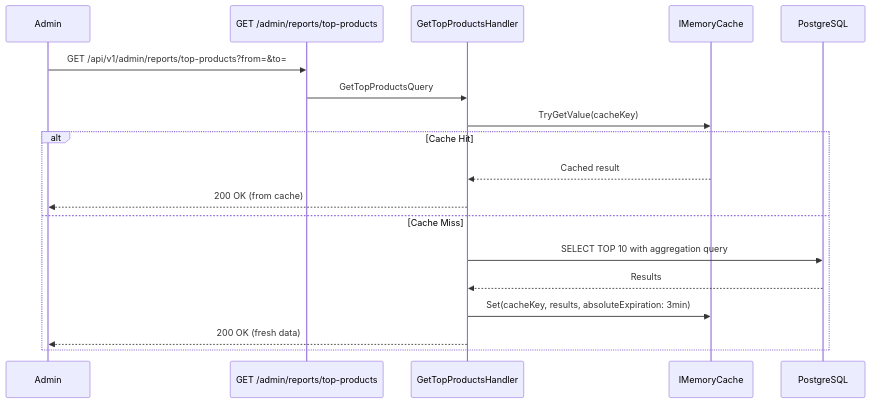
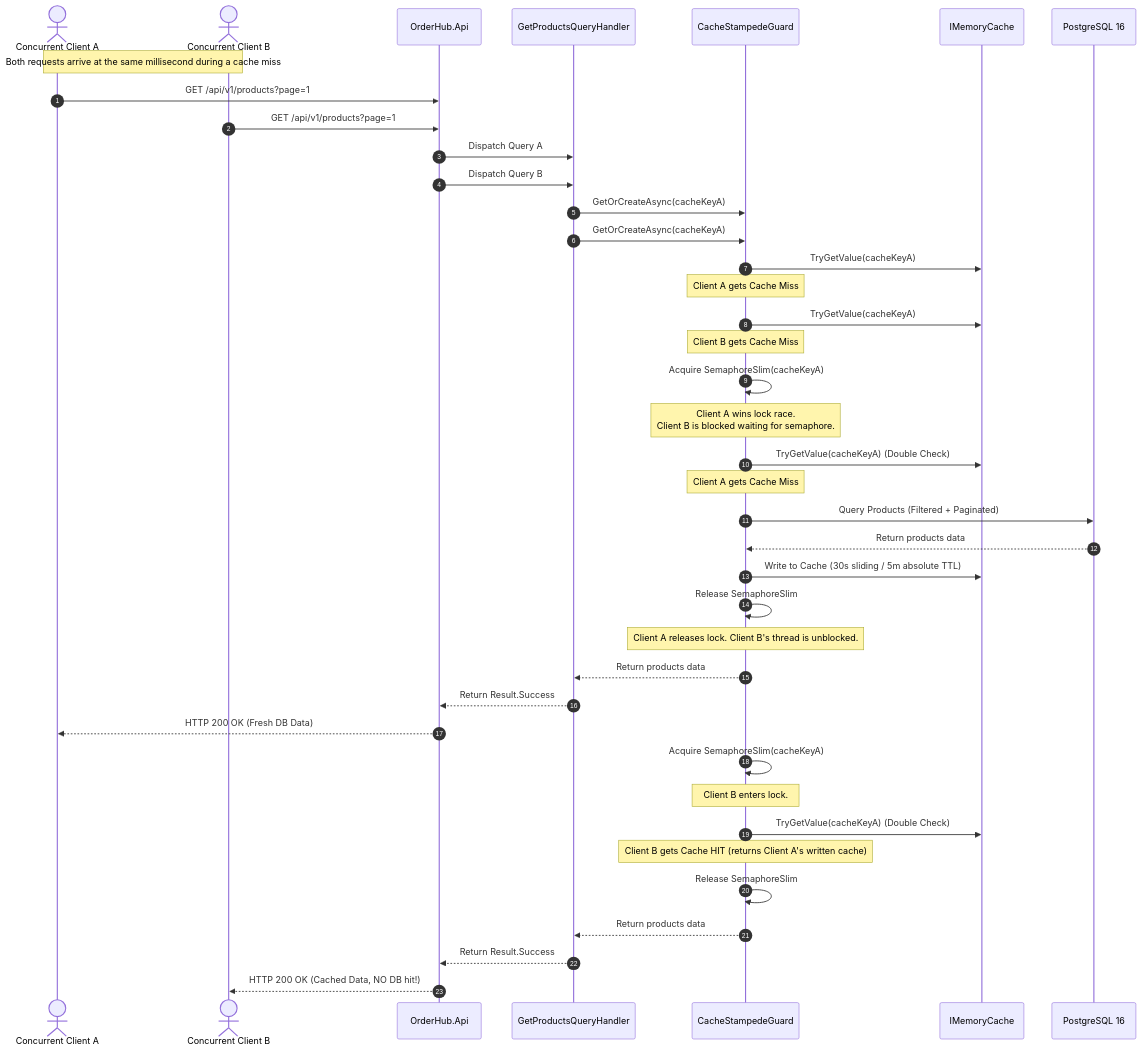
Before and after one commit to datngw/OrderHub: the third of 4 diagrams in docs/docusaurus/docs/architecture/06-runtime-view.md, drawn with Mermaid. The commit also changed other lines of this file and 28 other files, not shown here.

Commit message:
docs: Rewrite arc42 architecture docs and consolidate ADRs

````diff
--- a/docs/docusaurus/docs/architecture/06-runtime-view.md
+++ b/docs/docusaurus/docs/architecture/06-runtime-view.md
@@ -94,22 +140,54 @@
 ```mermaid
 sequenceDiagram
-    participant A as Admin
-    participant E as GET /admin/reports/top-products
-    participant H as GetTopProductsHandler
+    autonumber
+    actor ClientA as Concurrent Client A
+    actor ClientB as Concurrent Client B
+    participant API as OrderHub.Api
+    participant Handler as GetProductsQueryHandler
+    participant Guard as CacheStampedeGuard
     participant Cache as IMemoryCache
-    participant DB as PostgreSQL
+    participant DB as PostgreSQL 16
 
-    A->>E: GET /api/v1/admin/reports/top-products?from=&to=
-    E->>H: GetTopProductsQuery
+    Note over ClientA,ClientB: Both requests arrive at the same millisecond during a cache miss
+    ClientA->>API: GET /api/v1/products?page=1
+    ClientB->>API: GET /api/v1/products?page=1
+    API->>Handler: Dispatch Query A
+    API->>Handler: Dispatch Query B
+    
+    Handler->>Guard: GetOrCreateAsync(cacheKeyA)
+    Handler->>Guard: GetOrCreateAsync(cacheKeyA)
 
-    H->>Cache: TryGetValue(cacheKey)
-    alt Cache Hit
-        Cache-->>H: Cached result
-        H-->>A: 200 OK (from cache)
-    else Cache Miss
-        H->>DB: SELECT TOP 10 with aggregation query
-        DB-->>H: Results
-        H->>Cache: Set(cacheKey, results, absoluteExpiration: 3min)
-        H-->>A: 200 OK (fresh data)
-    end
+    %% Step 1: Check cache without locks
+    Guard->>Cache: TryGetValue(cacheKeyA)
+    Note over Guard: Client A gets Cache Miss
+    Guard->>Cache: TryGetValue(cacheKeyA)
+    Note over Guard: Client B gets Cache Miss
+
+    %% Step 2: Lock acquisition
+    Guard->>Guard: Acquire SemaphoreSlim(cacheKeyA)
+    Note over Guard: Client A wins lock race.<br/>Client B is blocked waiting for semaphore.
+    
+    %% Step 3: Winner double check cache
+    Guard->>Cache: TryGetValue(cacheKeyA) (Double Check)
+    Note over Guard: Client A gets Cache Miss
+    
+    %% Step 4: Query database and write to cache
+    Guard->>DB: Query Products (Filtered + Paginated)
+    DB-->>Guard: Return products data
+    Guard->>Cache: Write to Cache (30s sliding / 5m absolute TTL)
+    Guard->>Guard: Release SemaphoreSlim
+    Note over Guard: Client A releases lock. Client B's thread is unblocked.
+    Guard-->>Handler: Return products data
+    Handler-->>API: Return Result.Success
+    API-->>ClientA: HTTP 200 OK (Fresh DB Data)
+
+    %% Step 5: Loser processing after unblock
+    Guard->>Guard: Acquire SemaphoreSlim(cacheKeyA)
+    Note over Guard: Client B enters lock.
+    Guard->>Cache: TryGetValue(cacheKeyA) (Double Check)
+    Note over Guard: Client B gets Cache HIT (returns Client A's written cache)
+    Guard->>Guard: Release SemaphoreSlim
+    Guard-->>Handler: Return products data
+    Handler-->>API: Return Result.Success
+    API-->>ClientB: HTTP 200 OK (Cached Data, NO DB hit!)
 ```
````
